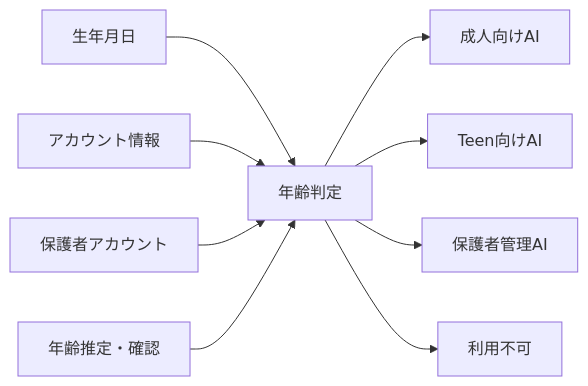
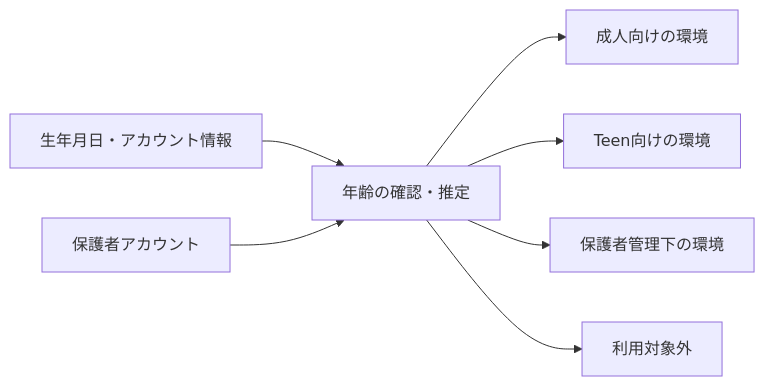
One commit to fukkamaru/digital-garden changed the diagram in content/31_Research/主要生成AIの年齢制限・ペアレンタルコントロールと、子どもへの使わせ方.md. Above: the diagram before and after it, drawn with Mermaid. The commit also changed other lines of this file and 319 other files, not shown here.

````diff
--- a/content/31_Research/主要生成AIの年齢制限・ペアレンタルコントロールと、子どもへの使わせ方.md
+++ b/content/31_Research/主要生成AIの年齢制限・ペアレンタルコントロールと、子どもへの使わせ方.md
@@ -244,12 +72,9 @@
 ```mermaid
 flowchart LR
-    A[生年月日] --> E[年齢判定]
-    B[アカウント情報] --> E
-    C[保護者アカウント] --> E
-    D[年齢推定・確認] --> E
-
-    E --> F[成人向けAI]
-    E --> G[Teen向けAI]
-    E --> H[保護者管理AI]
-    E --> I[利用不可]
+    A[生年月日・アカウント情報] --> E[年齢の確認・推定]
+    B[保護者アカウント] --> E
+    E --> F[成人向けの環境]
+    E --> G[Teen向けの環境]
+    E --> H[保護者管理下の環境]
+    E --> I[利用対象外]
 ```
````
